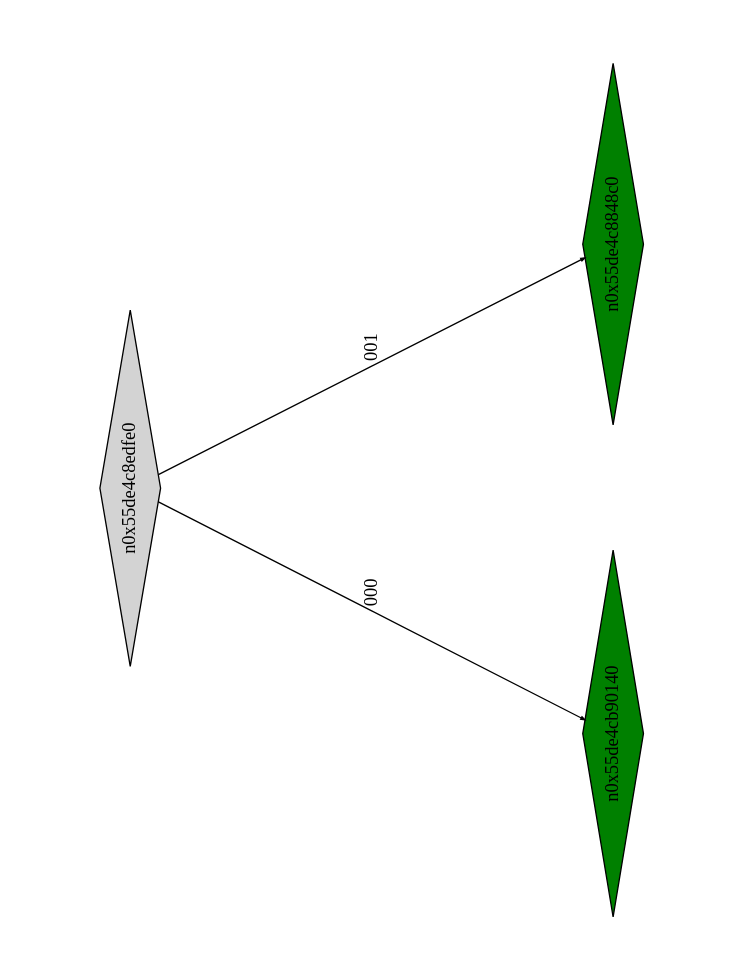
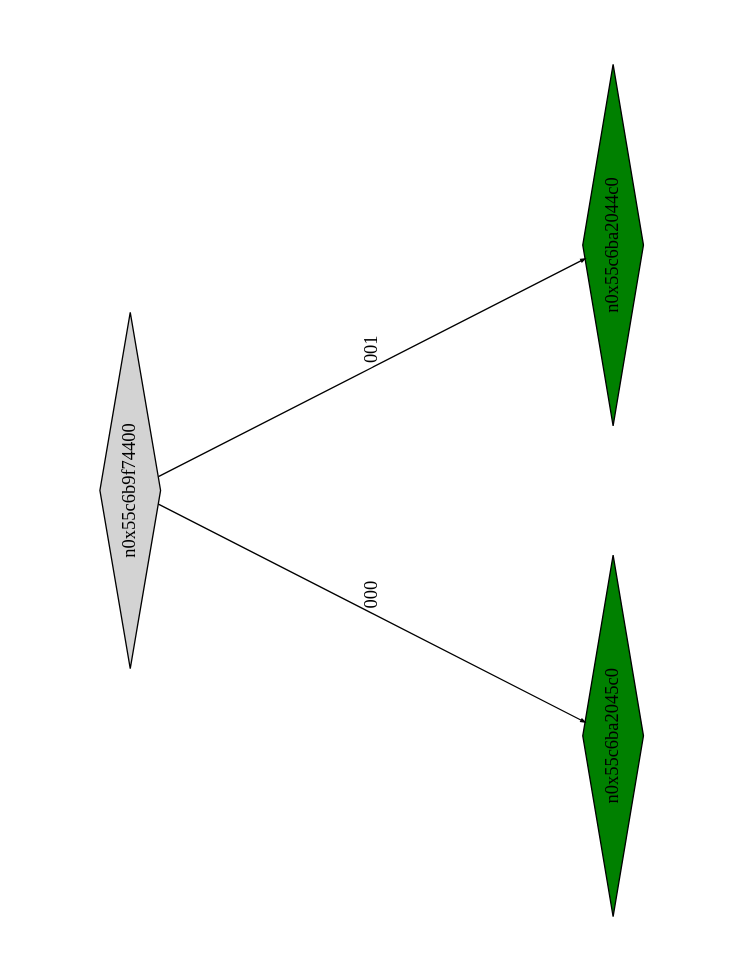
The diagram in example4_klee_out/ptree_00000756.dot (Research-Tools-PAVT/PSE-Program-Examples), drawn with Graphviz before and after one commit. The commit also changed 137 other files, not shown here.

```diff
--- a/example4_klee_out/ptree_00000756.dot
+++ b/example4_klee_out/ptree_00000756.dot
@@ -1,13 +1,13 @@
 digraph G {
 	size="10,7.5";
 	ratio=fill;
 	rotate=90;
 	center = "true";
 	node [style="filled",width=.1,height=.1,fontname="Terminus"]
 	edge [arrowsize=.3]
-	n0x55de4c8edfe0 [shape=diamond];
-	n0x55de4c8edfe0 -> n0x55de4cb90140 [label=000];
-	n0x55de4c8edfe0 -> n0x55de4c8848c0 [label=001];
-	n0x55de4c8848c0 [shape=diamond,fillcolor=green];
-	n0x55de4cb90140 [shape=diamond,fillcolor=green];
+	n0x55c6b9f74400 [shape=diamond];
+	n0x55c6b9f74400 -> n0x55c6ba2045c0 [label=000];
+	n0x55c6b9f74400 -> n0x55c6ba2044c0 [label=001];
+	n0x55c6ba2044c0 [shape=diamond,fillcolor=green];
+	n0x55c6ba2045c0 [shape=diamond,fillcolor=green];
 }
```
